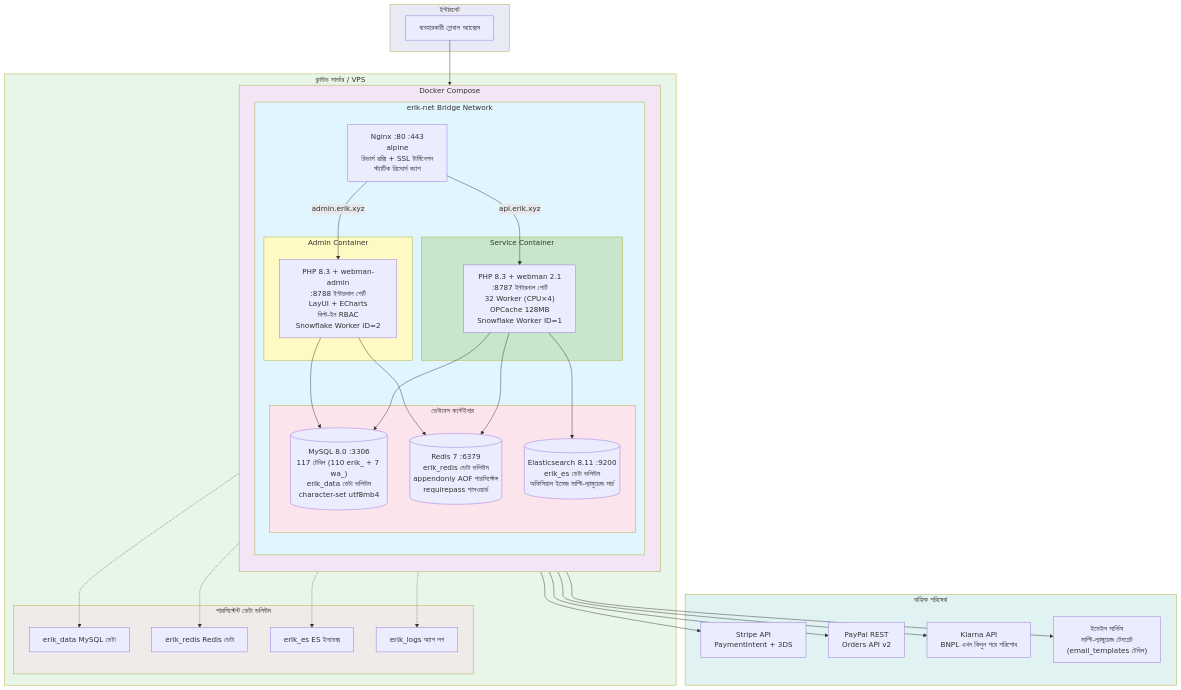
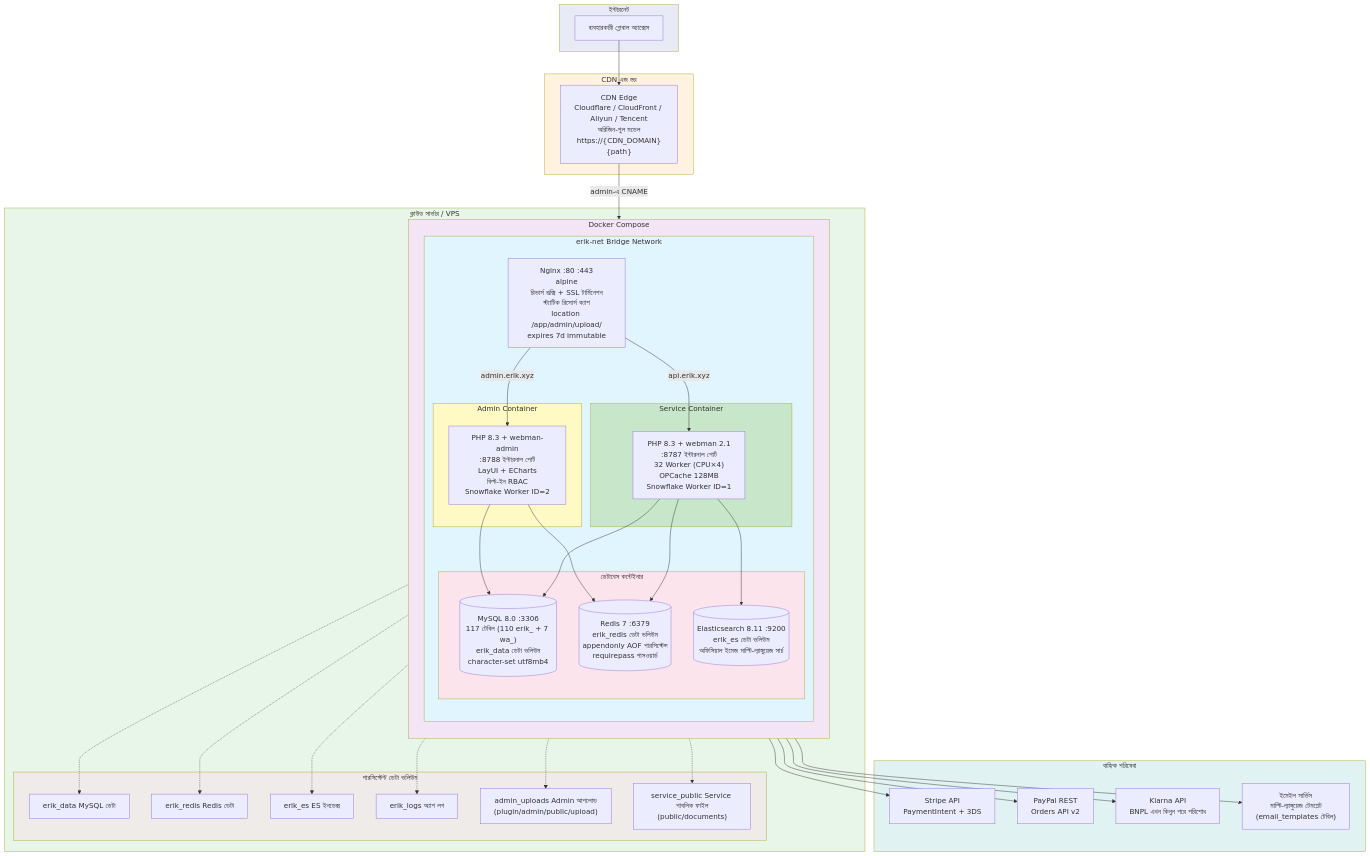
One commit to erikwang2013/erik-shop changed the diagram in docs/i18n/bn/diagrams/06-deployment-architecture.mmd. Above: the diagram before and after it, drawn with Mermaid. The commit also changed 191 other files, not shown here.

First line of the commit message:
v1.2.0：CDN 内容分发接入（Origin-Pull 回源 + 四大云厂商适配 + 管理端配置/刷新/日志 + 上传持久化 + 全文档与12语言i18n同步 + Crypto 捐赠图文入库）

```diff
--- a/docs/i18n/bn/diagrams/06-deployment-architecture.mmd
+++ b/docs/i18n/bn/diagrams/06-deployment-architecture.mmd
@@ -1,71 +1,81 @@
 graph TB
     subgraph Internet["ইন্টারনেট"]
         User["ব্যবহারকারী গ্লোবাল অ্যাক্সেস"]
+    end
+
+    subgraph CDN["CDN এজ স্তর"]
+        EDGE["CDN Edge<br/>Cloudflare / CloudFront / Aliyun / Tencent<br/>অরিজিন-পুল মডেল<br/>https://{CDN_DOMAIN}{path}"]
     end
 
     subgraph VPS["ক্লাউড সার্ভার / VPS"]
         subgraph Docker["Docker Compose"]
             direction TB
 
             subgraph Net["erik-net Bridge Network"]
                 direction TB
 
-                NGX["Nginx :80 :443<br/>alpine<br/>রিভার্স প্রক্সি + SSL টার্মিনেশন<br/>স্ট্যাটিক রিসোর্স ক্যাশ"]
+                NGX["Nginx :80 :443<br/>alpine<br/>রিভার্স প্রক্সি + SSL টার্মিনেশন<br/>স্ট্যাটিক রিসোর্স ক্যাশ<br/>location /app/admin/upload/<br/>expires 7d immutable"]
 
                 subgraph PHP_Service["Service Container"]
                     SVC["PHP 8.3 + webman 2.1<br/>:8787 ইন্টারনাল পোর্ট<br/>32 Worker (CPU×4)<br/>OPCache 128MB<br/>Snowflake Worker ID=1"]
                 end
 
                 subgraph PHP_Admin["Admin Container"]
                     ADM["PHP 8.3 + webman-admin<br/>:8788 ইন্টারনাল পোর্ট<br/>LayUI + ECharts<br/>বিল্ট-ইন RBAC<br/>Snowflake Worker ID=2"]
                 end
 
                 subgraph DB["ডেটাবেস কন্টেইনার"]
                     MYSQL[("MySQL 8.0 :3306<br/>117 টেবিল (110 erik_ + 7 wa_)<br/>erik_data ডেটা ভলিউম<br/>character-set utf8mb4")]
                     REDIS[("Redis 7 :6379<br/>erik_redis ডেটা ভলিউম<br/>appendonly AOF পারসিস্টেন্স<br/>requirepass পাসওয়ার্ড")]
                     ES[("Elasticsearch 8.11 :9200<br/>erik_es ডেটা ভলিউম<br/>অফিসিয়াল ইমেজ মাল্টি-ল্যাঙ্গুয়েজ সার্চ")]
                 end
             end
         end
 
         subgraph Volumes["পারসিস্টেন্ট ডেটা ভলিউম"]
             V1["erik_data MySQL ডেটা"]
             V2["erik_redis Redis ডেটা"]
             V3["erik_es ES ইনডেক্স"]
             V4["erik_logs অ্যাপ লগ"]
+            V5["admin_uploads Admin আপলোড<br/>(plugin/admin/public/upload)"]
+            V6["service_public Service পাবলিক ফাইল<br/>(public/documents)"]
         end
     end
 
     subgraph External["বাহ্যিক পরিষেবা"]
         Stripe["Stripe API<br/>PaymentIntent + 3DS"]
         PayPal["PayPal REST<br/>Orders API v2"]
         Klarna["Klarna API<br/>BNPL এখন কিনুন পরে পরিশোধ"]
         SMTP["ইমেইল সার্ভিস<br/>মাল্টি-ল্যাঙ্গুয়েজ টেমপ্লেট<br/>(email_templates টেবিল)"]
     end
 
-    User --> NGX
+    User --> EDGE
+    EDGE -->|admin-এ CNAME| NGX
     NGX -->|api.erik.xyz| SVC
     NGX -->|admin.erik.xyz| ADM
     SVC --> MYSQL
     SVC --> REDIS
     SVC --> ES
     SVC --> Stripe
     SVC --> PayPal
     SVC --> Klarna
     SVC --> SMTP
     ADM --> MYSQL
     ADM --> REDIS
     MYSQL -.-> V1
     REDIS -.-> V2
     ES -.-> V3
     SVC -.-> V4
+    ADM -.-> V5
+    SVC -.-> V6
 
     style Internet fill:#e8eaf6
+    style CDN fill:#fff3e0
     style VPS fill:#e8f5e9
     style Docker fill:#f3e5f5
     style Net fill:#e1f5fe
     style PHP_Service fill:#c8e6c9
     style PHP_Admin fill:#fff9c4
     style DB fill:#fce4ec
     style Volumes fill:#efebe9
     style External fill:#e0f2f1
```
